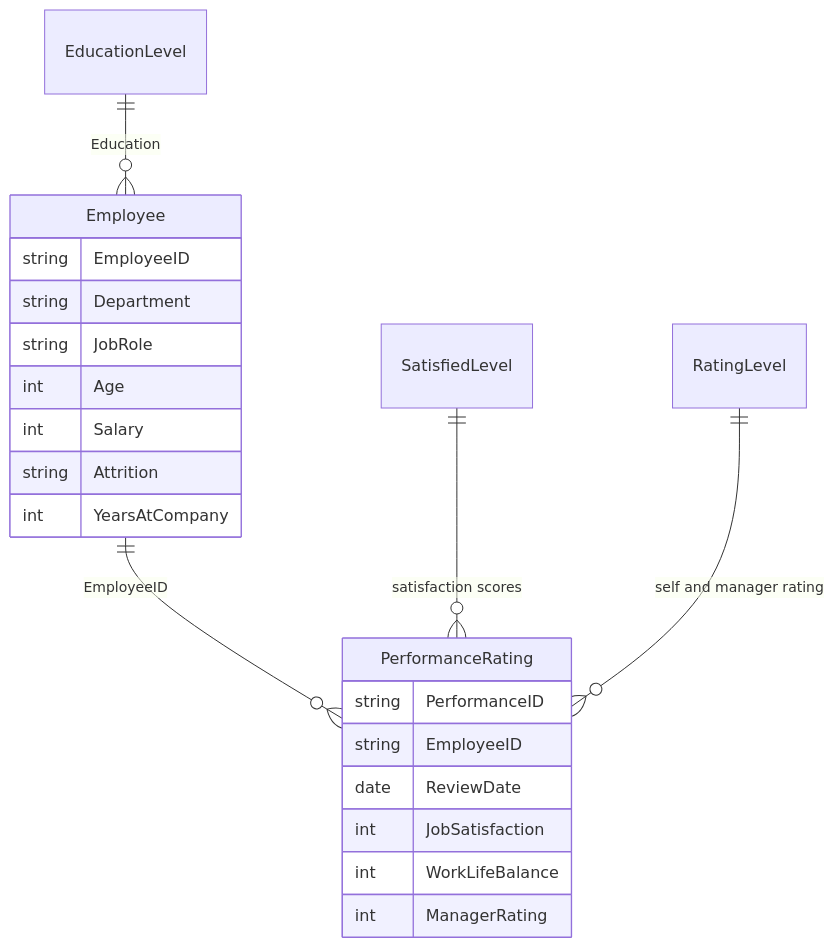
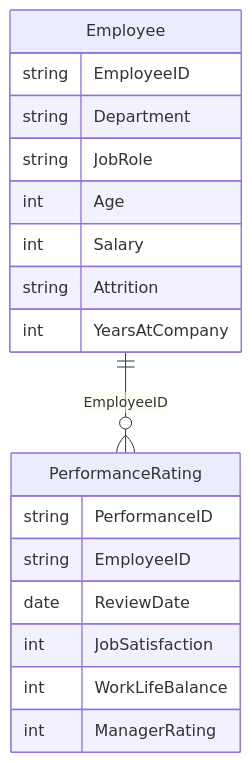
Before and after one commit to LinaAmer12/Atlas-Labs-HR-Dashboard: the diagram in README.md, drawn with Mermaid. The commit also changed other lines of this file, not shown here.

Commit message:
docs: keep data model diagram to the verified key
Claude-Session: https://claude.ai/code/session_013ZXrGJFEn2HHwsP6JBUyAn

````diff
--- a/README.md
+++ b/README.md
@@ -58,24 +58,21 @@
 ```mermaid
 erDiagram
     Employee ||--o{ PerformanceRating : "EmployeeID"
-    EducationLevel ||--o{ Employee : "Education"
-    SatisfiedLevel ||--o{ PerformanceRating : "satisfaction scores"
-    RatingLevel ||--o{ PerformanceRating : "self and manager rating"
     Employee {
         string EmployeeID
         string Department
         string JobRole
         int Age
         int Salary
         string Attrition
         int YearsAtCompany
     }
     PerformanceRating {
         string PerformanceID
         string EmployeeID
         date ReviewDate
         int JobSatisfaction
         int WorkLifeBalance
         int ManagerRating
     }
 ```
````
